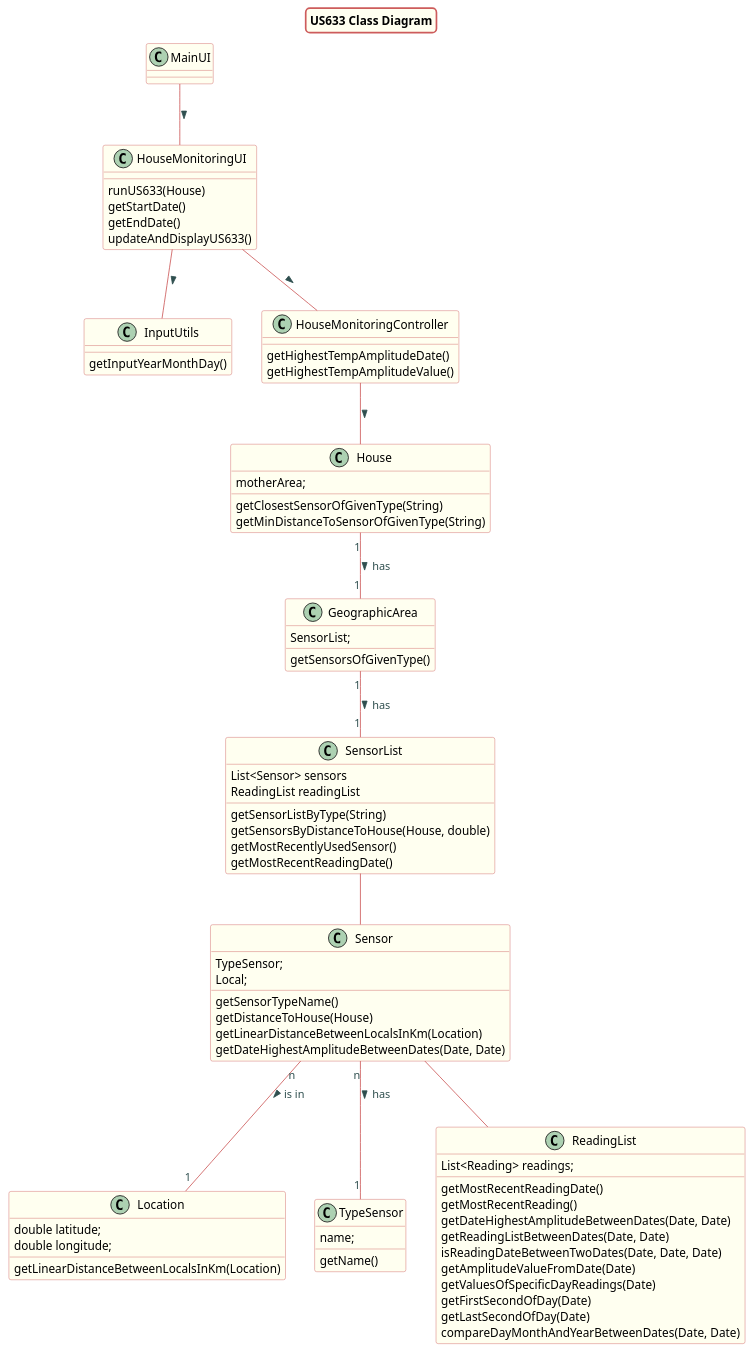
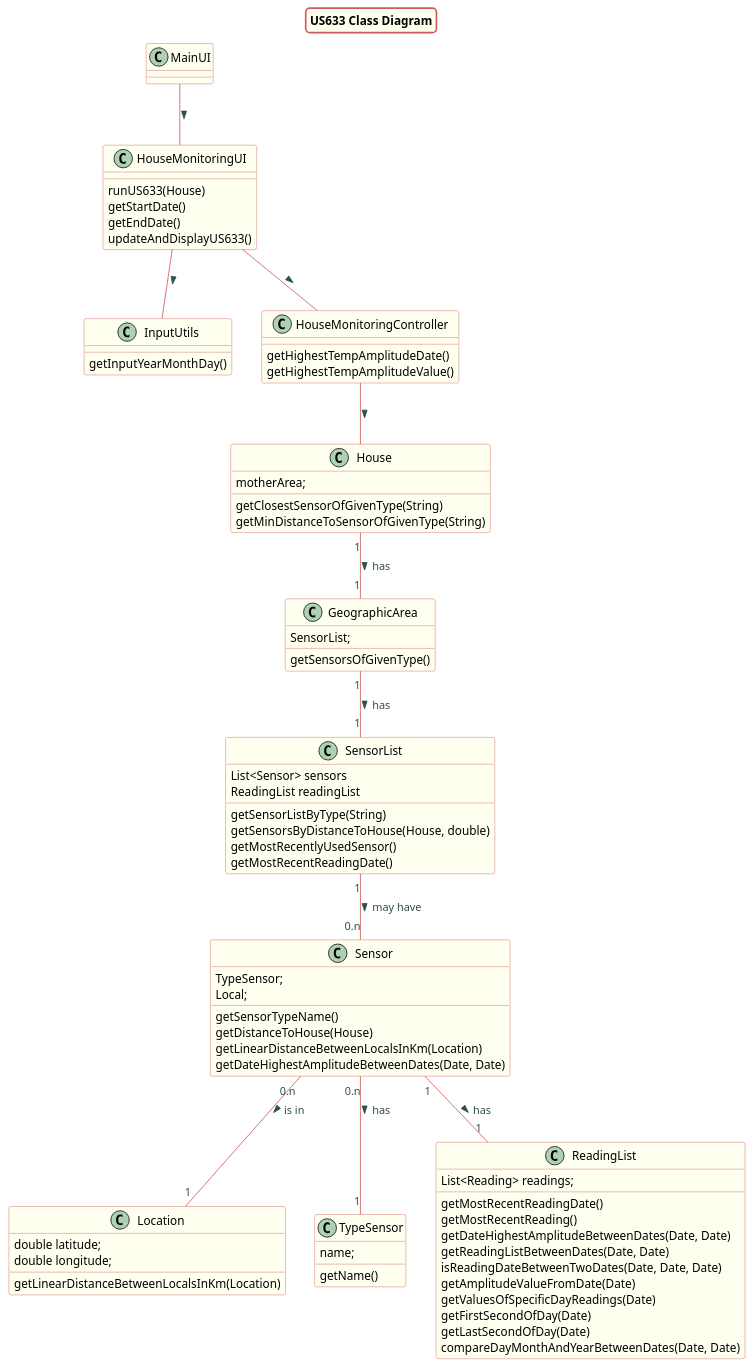
Before and after one commit to Almadanmp/project: the diagram in src/doc/Controllers/HouseMonitoring/US633/US633_cd_HouseMonitoring.puml, drawn with PlantUML.

Commit message:
REF #161 updates class diagram

```diff
--- a/src/doc/Controllers/HouseMonitoring/US633/US633_cd_HouseMonitoring.puml
+++ b/src/doc/Controllers/HouseMonitoring/US633/US633_cd_HouseMonitoring.puml
@@ -1,113 +1,114 @@
 @startuml
 title US633 Class Diagram
 
 skinparam titleBorderRoundCorner 10
 skinparam titleBorderThickness 2
 skinparam titleBorderColor indianred
 skinparam titleBackgroundColor ivory
 skinparam FontName verdana
 
 skinparam class {
  	BorderColor indianred
  	BackgroundColor indianred
  	BackgroundColor ivory
     roundcorner 10
     ArrowFontName Verdana
     ArrowColor indianred
     ArrowFontColor darkslategrey
  }
 
 class House
 MainUI -- HouseMonitoringUI : >
 HouseMonitoringUI -- InputUtils : >
 HouseMonitoringUI -- HouseMonitoringController : >
 HouseMonitoringController -- House : >
 House "1" -- "1" GeographicArea : has >
 GeographicArea "1" -- "1" SensorList : has >
-SensorList -- Sensor
-Sensor "n" -- "1" Location: is in >
-Sensor "n" -- "1" TypeSensor: has >
-Sensor -- ReadingList
+SensorList"1" -- "0.n" Sensor : may have >
+Sensor "0.n" -- "1" Location: is in >
+Sensor "0.n" -- "1" TypeSensor: has >
+Sensor "1" -- "1" ReadingList: has >
+
 
 class HouseMonitoringUI {
 runUS633(House)
 getStartDate()
 getEndDate()
 updateAndDisplayUS633()
 }
 
 class InputUtils{
 getInputYearMonthDay()
 }
 
 class HouseMonitoringController {
 getHighestTempAmplitudeDate()
 getHighestTempAmplitudeValue()
 }
 
 class House{
 motherArea;
 
 getClosestSensorOfGivenType(String)
 getMinDistanceToSensorOfGivenType(String)
 }
 
 class GeographicArea{
 SensorList;
 
 getSensorsOfGivenType()
 }
 
 class SensorList{
 List<Sensor> sensors
 ReadingList readingList
 
 getSensorListByType(String)
 getSensorsByDistanceToHouse(House, double)
 getMostRecentlyUsedSensor()
 getMostRecentReadingDate()
 }
 
 class Sensor{
 TypeSensor;
 Local;
 
 getSensorTypeName()
 getDistanceToHouse(House)
 getLinearDistanceBetweenLocalsInKm(Location)
 getDateHighestAmplitudeBetweenDates(Date, Date)
 }
 
 class TypeSensor{
 name;
 
 getName()
 }
 
 
 
 class Location{
 double latitude;
 double longitude;
 
 getLinearDistanceBetweenLocalsInKm(Location)
 }
 
 class ReadingList{
 List<Reading> readings;
 
 getMostRecentReadingDate()
 getMostRecentReading()
 getDateHighestAmplitudeBetweenDates(Date, Date)
 getReadingListBetweenDates(Date, Date)
 isReadingDateBetweenTwoDates(Date, Date, Date)
 getAmplitudeValueFromDate(Date)
 getValuesOfSpecificDayReadings(Date)
 getFirstSecondOfDay(Date)
 getLastSecondOfDay(Date)
 compareDayMonthAndYearBetweenDates(Date, Date)
 
 
 }
 
 @enduml
```
